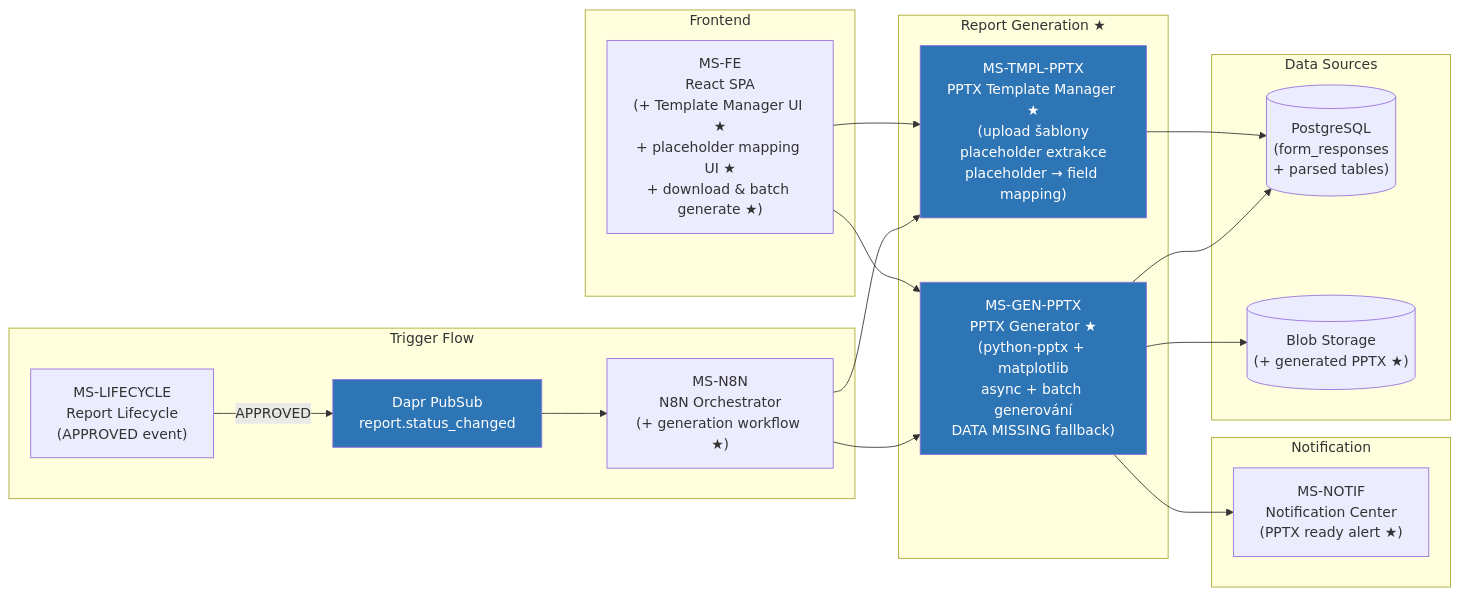
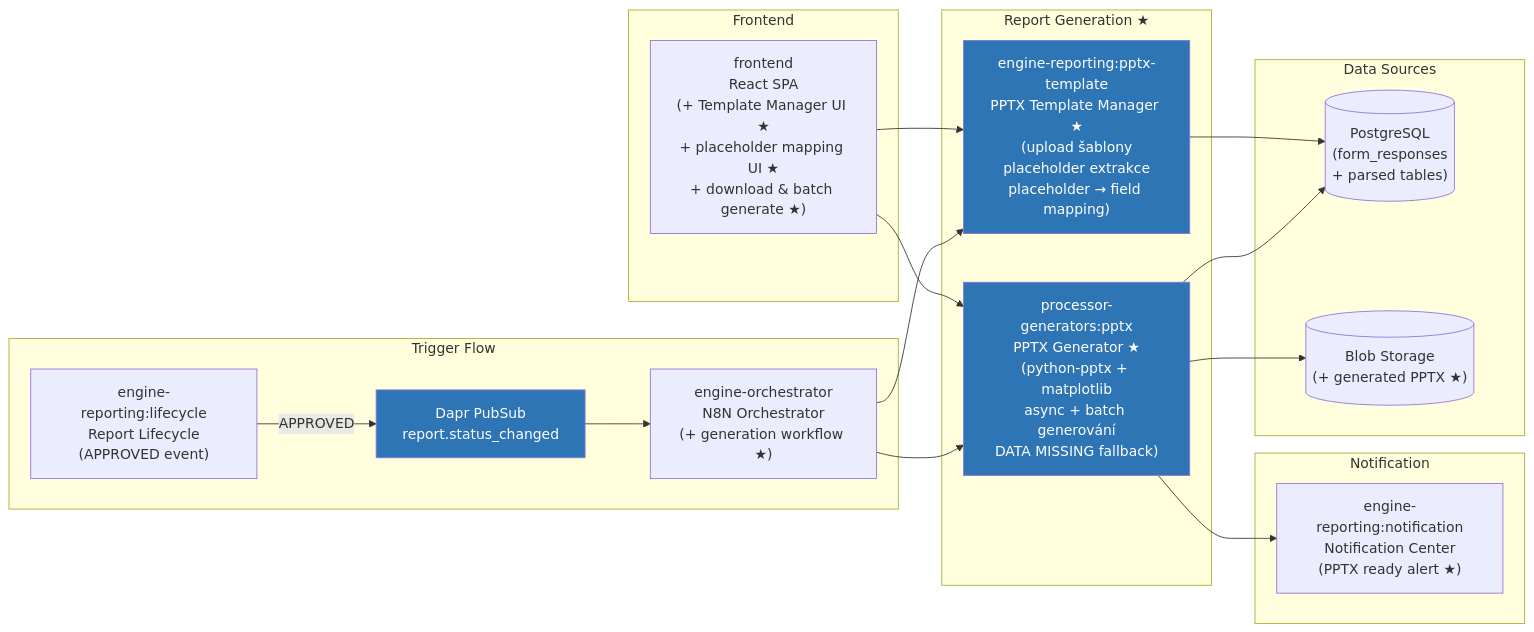
Before and after one commit to JanBartyzal/ReportAutomatization: the seventh of 10 diagrams in docs/documents/architecture_diagrams.md, drawn with Mermaid. The commit also changed other lines of this file and 149 other files, not shown here.

````diff
--- a/docs/documents/architecture_diagrams.md
+++ b/docs/documents/architecture_diagrams.md
@@ -514,41 +514,41 @@
 ```mermaid
 graph LR
     subgraph "Report Generation ★"
-        TMPLPPTX["MS-TMPL-PPTX\nPPTX Template Manager ★\n(upload šablony\nplaceholder extrakce\nplaceholder → field mapping)"]
-        GEN["MS-GEN-PPTX\nPPTX Generator ★\n(python-pptx + matplotlib\nasync + batch generování\nDATA MISSING fallback)"]
+        TMPLPPTX["engine-reporting:pptx-template\nPPTX Template Manager ★\n(upload šablony\nplaceholder extrakce\nplaceholder → field mapping)"]
+        GEN["processor-generators:pptx\nPPTX Generator ★\n(python-pptx + matplotlib\nasync + batch generování\nDATA MISSING fallback)"]
     end
 
     subgraph "Trigger Flow"
-        LIFE["MS-LIFECYCLE\nReport Lifecycle\n(APPROVED event)"]
+        LIFE["engine-reporting:lifecycle\nReport Lifecycle\n(APPROVED event)"]
         PUBSUB["Dapr PubSub\nreport.status_changed"]
-        N8N["MS-N8N\nN8N Orchestrator\n(+ generation workflow ★)"]
+        N8N["engine-orchestrator\nN8N Orchestrator\n(+ generation workflow ★)"]
     end
 
     subgraph "Data Sources"
         PG[("PostgreSQL\n(form_responses\n+ parsed tables)")]
         BLOB[("Blob Storage\n(+ generated PPTX ★)")]
     end
 
     subgraph "Notification"
-        NOTIF["MS-NOTIF\nNotification Center\n(PPTX ready alert ★)"]
+        NOTIF["engine-reporting:notification\nNotification Center\n(PPTX ready alert ★)"]
     end
 
     subgraph "Frontend"
-        FE["MS-FE\nReact SPA\n(+ Template Manager UI ★\n+ placeholder mapping UI ★\n+ download & batch generate ★)"]
+        FE["frontend\nReact SPA\n(+ Template Manager UI ★\n+ placeholder mapping UI ★\n+ download & batch generate ★)"]
     end
 
     LIFE -->|APPROVED| PUBSUB
     PUBSUB --> N8N
     N8N --> GEN
     GEN --> PG
     GEN --> BLOB
     GEN --> NOTIF
     N8N --> TMPLPPTX
     TMPLPPTX --> PG
     FE --> TMPLPPTX
     FE --> GEN
 
     style TMPLPPTX fill:#2E75B6,color:#fff
     style GEN fill:#2E75B6,color:#fff
     style PUBSUB fill:#2E75B6,color:#fff
 ```
````
